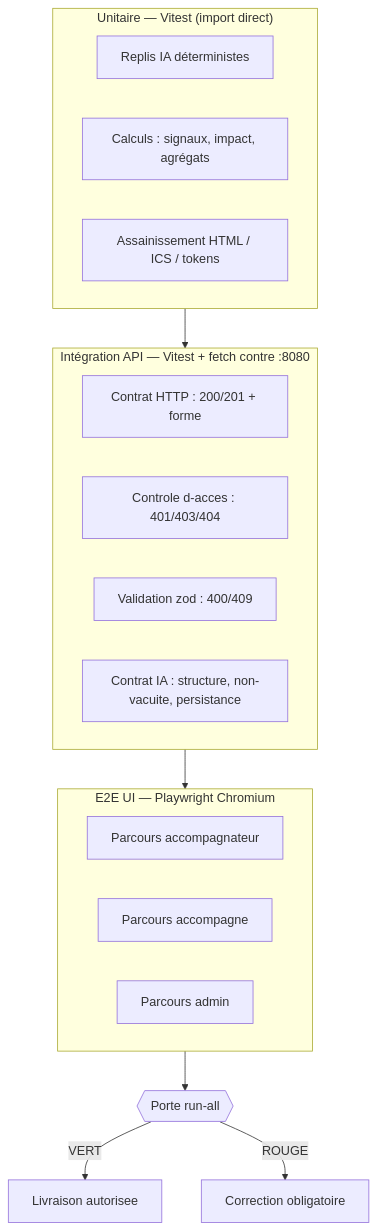
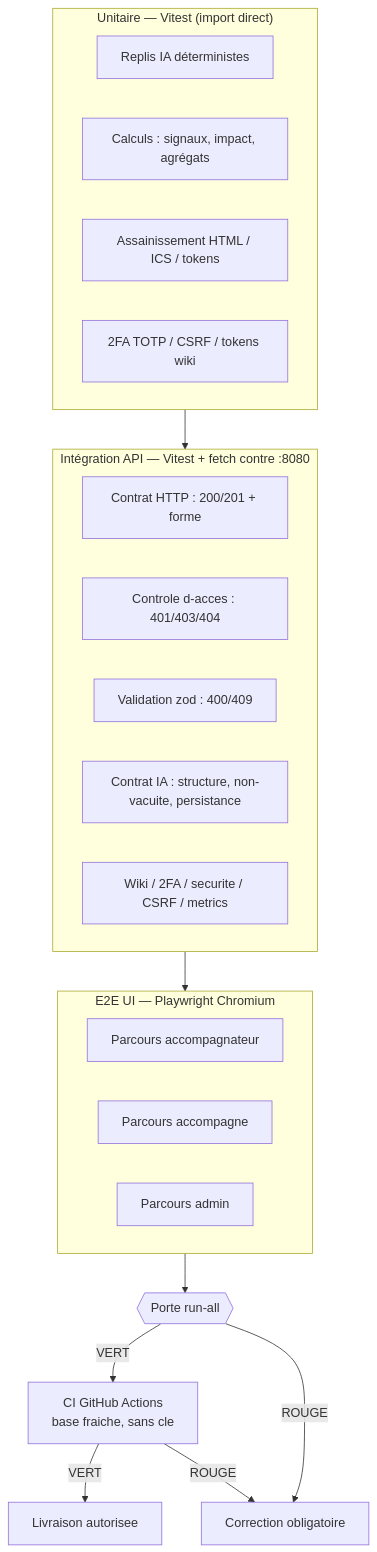
The first of 4 diagrams in app/api/src/wiki/content/testing-strategy.md (melafrit/FAD130_accompagnement_pro), drawn with Mermaid before and after one commit. The commit also changed other lines of this file and 14 other files, not shown here.

````diff
--- a/app/api/src/wiki/content/testing-strategy.md
+++ b/app/api/src/wiki/content/testing-strategy.md
@@ -46,22 +53,26 @@
 ```mermaid
 flowchart TD
     subgraph Unit["Unitaire — Vitest (import direct)"]
         U1[Replis IA déterministes]
         U2[Calculs : signaux, impact, agrégats]
         U3[Assainissement HTML / ICS / tokens]
+        U4[2FA TOTP / CSRF / tokens wiki]
     end
     subgraph API["Intégration API — Vitest + fetch contre :8080"]
         A1[Contrat HTTP : 200/201 + forme]
         A2[Controle d-acces : 401/403/404]
         A3[Validation zod : 400/409]
         A4[Contrat IA : structure, non-vacuite, persistance]
+        A5[Wiki / 2FA / securite / CSRF / metrics]
     end
     subgraph UI["E2E UI — Playwright Chromium"]
         E1[Parcours accompagnateur]
         E2[Parcours accompagne]
         E3[Parcours admin]
     end
     Unit --> API --> UI --> Gate{{Porte run-all}}
-    Gate -->|VERT| Livraison[Livraison autorisee]
+    Gate -->|VERT| CI[CI GitHub Actions<br/>base fraiche, sans cle]
+    CI -->|VERT| Livraison[Livraison autorisee]
     Gate -->|ROUGE| Correction[Correction obligatoire]
+    CI -->|ROUGE| Correction
 ```
````
